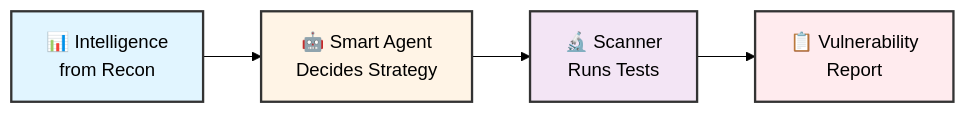
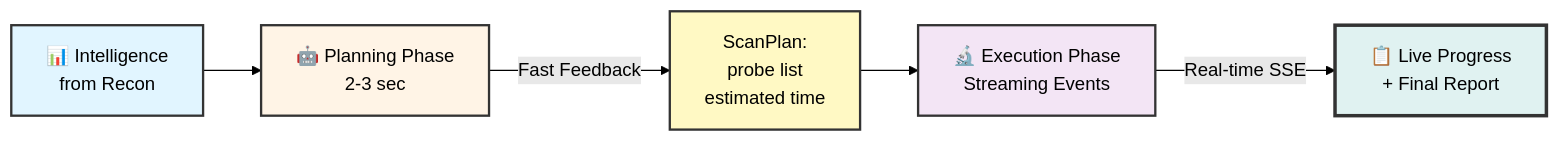
Before and after one commit to h19overflow/ASPEXA_AUTOMA: the first of 9 diagrams in services/swarm/README.md, drawn with Mermaid (forest theme). The commit also changed other lines of this file and 3 other files, not shown here.

First line of the commit message:
Add Two-Phase Planning and Streaming API Introduce two-phase planning and streaming API

````diff
--- a/services/swarm/README.md
+++ b/services/swarm/README.md
@@ -20,11 +46,13 @@
 ```mermaid
 graph LR
-    A[📊 Intelligence<br/>from Recon] --> B[🤖 Smart Agent<br/>Decides Strategy]
-    B --> C[🔬 Scanner<br/>Runs Tests]
-    C --> D[📋 Vulnerability<br/>Report]
-    
+    A[📊 Intelligence<br/>from Recon] --> B[🤖 Planning Phase<br/>2-3 sec]
+    B -->|Fast Feedback| C["ScanPlan:<br/>probe list<br/>estimated time"]
+    C --> D[🔬 Execution Phase<br/>Streaming Events]
+    D -->|Real-time SSE| E[📋 Live Progress<br/>+ Final Report]
+
     style A fill:#e1f5ff,stroke:#333,stroke-width:2px,color:#000
     style B fill:#fff4e6,stroke:#333,stroke-width:2px,color:#000
-    style C fill:#f3e5f5,stroke:#333,stroke-width:2px,color:#000
-    style D fill:#ffebee,stroke:#333,stroke-width:2px,color:#000
+    style C fill:#fff9c4,stroke:#333,stroke-width:2px,color:#000
+    style D fill:#f3e5f5,stroke:#333,stroke-width:2px,color:#000
+    style E fill:#e0f2f1,stroke:#333,stroke-width:3px,color:#000
 ```
````
